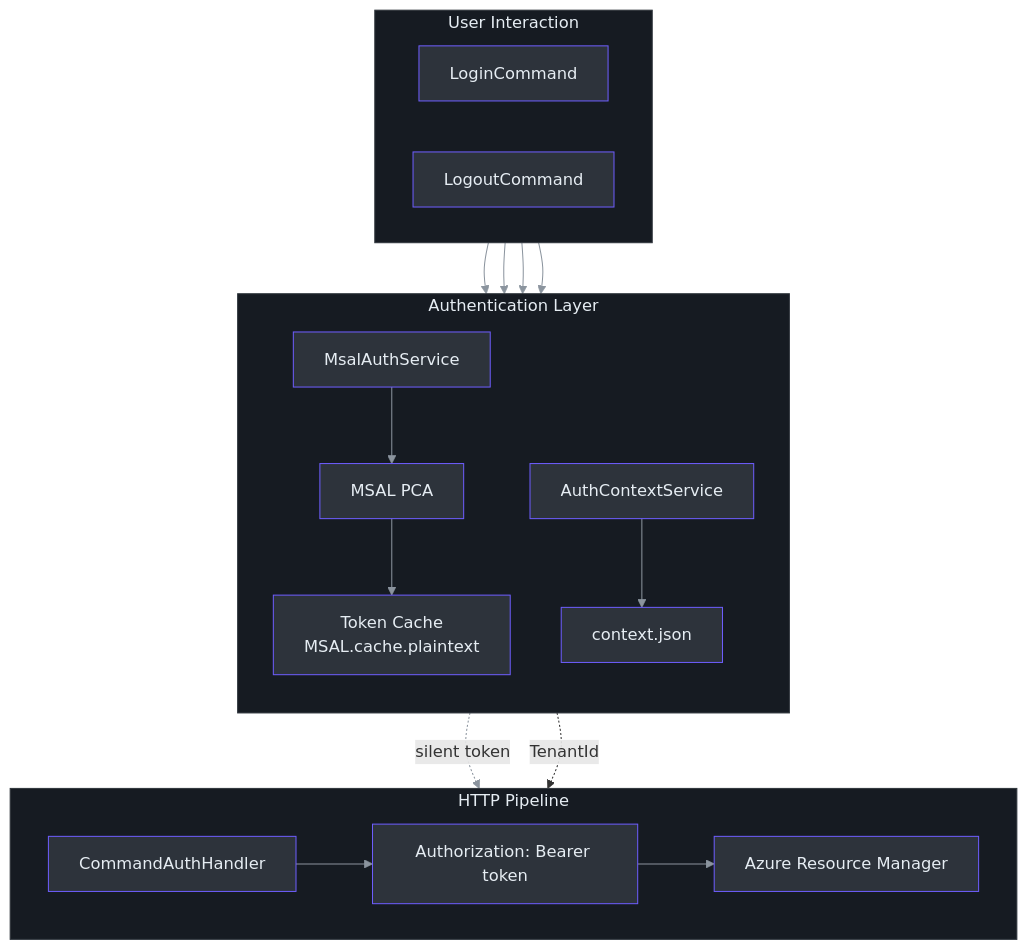
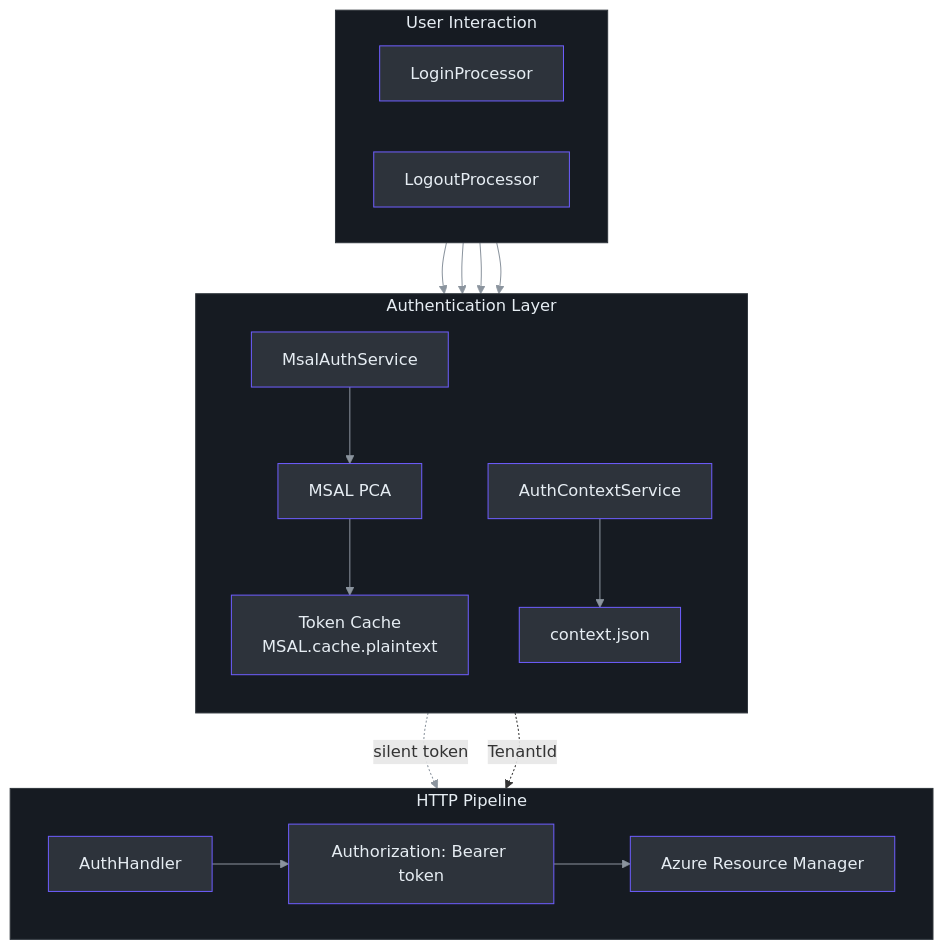
One commit to Azure/azclips changed the first of 3 diagrams in wiki/02-deep-dive/authentication.md. Above: the diagram before and after it, drawn with Mermaid. The commit also changed other lines of this file and 35 other files, not shown here.

Commit message:
7. Rename classes implemented IProcessor to Processor instead of Command

````diff
--- a/wiki/02-deep-dive/authentication.md
+++ b/wiki/02-deep-dive/authentication.md
@@ -12,55 +12,55 @@
 ```mermaid
 flowchart TB
     subgraph User["User Interaction"]
         direction LR
-        Login["LoginCommand"]
-        Logout["LogoutCommand"]
+        Login["LoginProcessor"]
+        Logout["LogoutProcessor"]
     end
 
     subgraph Auth["Authentication Layer"]
         direction TB
         MAS["MsalAuthService"]
         ACS["AuthContextService"]
         MSAL["MSAL PCA"]
         Cache["Token Cache<br>MSAL.cache.plaintext"]
         Context["context.json"]
 
         MAS --> MSAL
         MSAL --> Cache
         ACS --> Context
     end
 
     subgraph HTTP["HTTP Pipeline"]
         direction LR
-        CAH["CommandAuthHandler"]
+        CAH["AuthHandler"]
         Bearer["Authorization: Bearer token"]
         ARM["Azure Resource Manager"]
 
         CAH --> Bearer
         Bearer --> ARM
     end
 
     Login --> MAS
     Login --> ACS
     Logout --> MAS
     Logout --> ACS
 
     MAS -.->|silent token| CAH
     ACS -.->|TenantId| CAH
 
     style User fill:#161b22,stroke:#30363d,color:#e6edf3
     style Auth fill:#161b22,stroke:#30363d,color:#e6edf3
     style HTTP fill:#161b22,stroke:#30363d,color:#e6edf3
     style Login fill:#2d333b,stroke:#6d5dfc,color:#e6edf3
     style Logout fill:#2d333b,stroke:#6d5dfc,color:#e6edf3
     style MAS fill:#2d333b,stroke:#6d5dfc,color:#e6edf3
     style ACS fill:#2d333b,stroke:#6d5dfc,color:#e6edf3
     style MSAL fill:#2d333b,stroke:#6d5dfc,color:#e6edf3
     style Cache fill:#2d333b,stroke:#6d5dfc,color:#e6edf3
     style Context fill:#2d333b,stroke:#6d5dfc,color:#e6edf3
     style CAH fill:#2d333b,stroke:#6d5dfc,color:#e6edf3
     style Bearer fill:#2d333b,stroke:#6d5dfc,color:#e6edf3
     style ARM fill:#2d333b,stroke:#6d5dfc,color:#e6edf3
 
     linkStyle 0,1,2,3,4,5,6,7,8,9 stroke:#8b949e
 ```
````
